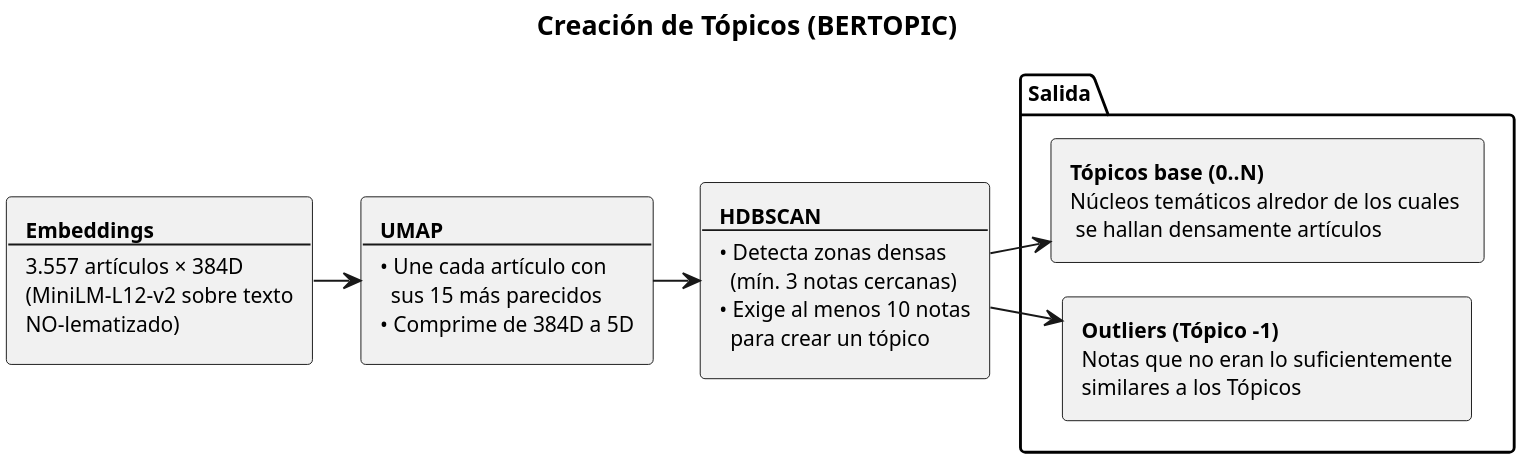
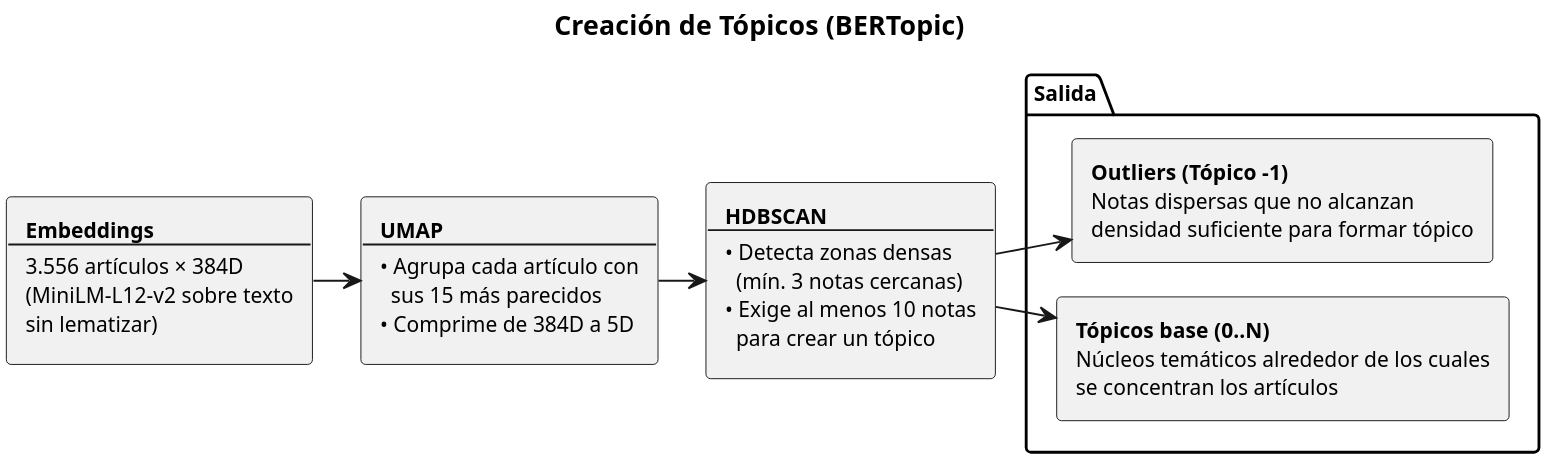
Before and after one commit to MauricioKreszczuk/anfibia-unsam: the diagram in docs/UML/2.2.1.puml, drawn with PlantUML. The commit also changed 9 other files, not shown here.

```diff
--- a/docs/UML/2.2.1.puml
+++ b/docs/UML/2.2.1.puml
@@ -1,28 +1,28 @@
 @startuml 2.2.1
 left to right direction
 skinparam dpi 300
 skinparam shadowing false
 skinparam backgroundColor white
 skinparam defaultFontSize 11
 skinparam nodesep 18
 skinparam ranksep 25
 
-title Creación de Tópicos (BERTOPIC)
+title Creación de Tópicos (BERTopic)
 
-rectangle "<b>Embeddings</b>\n---\n3.557 artículos × 384D\n(MiniLM-L12-v2 sobre texto\nNO-lematizado)" as emb
+rectangle "<b>Embeddings</b>\n---\n3.556 artículos × 384D\n(MiniLM-L12-v2 sobre texto\nsin lematizar)" as emb
 
-rectangle "<b>UMAP</b>\n---\n• Une cada artículo con\n  sus 15 más parecidos\n• Comprime de 384D a 5D" as umap
+rectangle "<b>UMAP</b>\n---\n• Agrupa cada artículo con\n  sus 15 más parecidos\n• Comprime de 384D a 5D" as umap
 
 rectangle "<b>HDBSCAN</b>\n---\n• Detecta zonas densas\n  (mín. 3 notas cercanas)\n• Exige al menos 10 notas\n  para crear un tópico" as hdb
 
 package "Salida" {
-  rectangle "<b>Tópicos base (0..N)</b>\nNúcleos temáticos alredor de los cuales \n se hallan densamente artículos" as ok
-  rectangle "<b>Outliers (Tópico -1)</b>\nNotas que no eran lo suficientemente\nsimilares a los Tópicos" as out
+  rectangle "<b>Outliers (Tópico -1)</b>\nNotas dispersas que no alcanzan\ndensidad suficiente para formar tópico" as out
+  rectangle "<b>Tópicos base (0..N)</b>\nNúcleos temáticos alrededor de los cuales\nse concentran los artículos" as ok
 }
 
 emb --> umap
 umap --> hdb
 hdb --> ok
 hdb --> out
 
 @enduml
```
